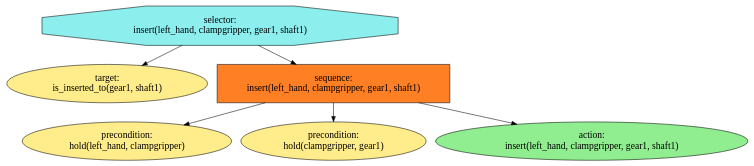
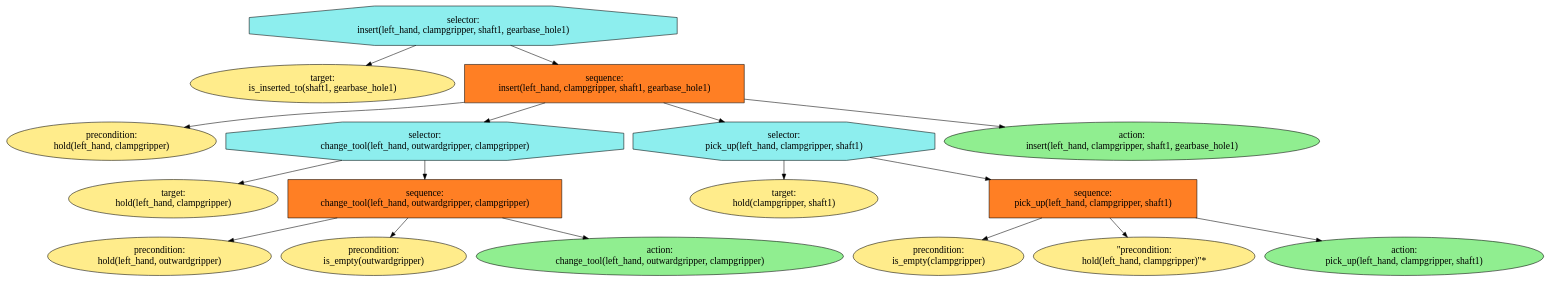
One commit to ProNeverFake/kios changed the diagram in kios_bt_planning/kios_utils/visualisation.dot. Above: the diagram before and after it, drawn with Graphviz. The commit also changed 26 other files, not shown here.

```diff
--- a/kios_bt_planning/kios_utils/visualisation.dot
+++ b/kios_bt_planning/kios_utils/visualisation.dot
@@ -1,39 +1,102 @@
 digraph pastafarianism {
 ordering=out;
 graph [fontname="times-roman"];
 node [fontname="times-roman"];
 edge [fontname="times-roman"];
 "selector:
- insert(left_hand, clampgripper, gear1, shaft1)" [fillcolor=darkslategray2, fontcolor=black, fontsize=18, label="selector:
- insert(left_hand, clampgripper, gear1, shaft1)", shape=octagon, style=filled];
+ insert(left_hand, clampgripper, shaft1, gearbase_hole1)" [fillcolor=darkslategray2, fontcolor=black, fontsize=18, label="selector:
+ insert(left_hand, clampgripper, shaft1, gearbase_hole1)", shape=octagon, style=filled];
 "target:
- is_inserted_to(gear1, shaft1)" [fillcolor=lightgoldenrod1, fontcolor=black, fontsize=18, height=1.0, label="target:
- is_inserted_to(gear1, shaft1)", shape=ellipse, style=filled];
+ is_inserted_to(shaft1, gearbase_hole1)" [fillcolor=lightgoldenrod1, fontcolor=black, fontsize=18, height=1.0, label="target:
+ is_inserted_to(shaft1, gearbase_hole1)", shape=ellipse, style=filled];
 "selector:
- insert(left_hand, clampgripper, gear1, shaft1)" -> "target:
- is_inserted_to(gear1, shaft1)";
+ insert(left_hand, clampgripper, shaft1, gearbase_hole1)" -> "target:
+ is_inserted_to(shaft1, gearbase_hole1)";
 "sequence:
- insert(left_hand, clampgripper, gear1, shaft1)" [fillcolor=chocolate1, fontcolor=black, fontsize=18, height=1.0, label="sequence:
- insert(left_hand, clampgripper, gear1, shaft1)", shape=box, style=filled];
+ insert(left_hand, clampgripper, shaft1, gearbase_hole1)" [fillcolor=chocolate1, fontcolor=black, fontsize=18, height=1.0, label="sequence:
+ insert(left_hand, clampgripper, shaft1, gearbase_hole1)", shape=box, style=filled];
 "selector:
- insert(left_hand, clampgripper, gear1, shaft1)" -> "sequence:
- insert(left_hand, clampgripper, gear1, shaft1)";
+ insert(left_hand, clampgripper, shaft1, gearbase_hole1)" -> "sequence:
+ insert(left_hand, clampgripper, shaft1, gearbase_hole1)";
 "precondition:
  hold(left_hand, clampgripper)" [fillcolor=lightgoldenrod1, fontcolor=black, fontsize=18, height=1.0, label="precondition:
  hold(left_hand, clampgripper)", shape=ellipse, style=filled];
 "sequence:
- insert(left_hand, clampgripper, gear1, shaft1)" -> "precondition:
+ insert(left_hand, clampgripper, shaft1, gearbase_hole1)" -> "precondition:
  hold(left_hand, clampgripper)";
+"selector:
+ change_tool(left_hand, outwardgripper, clampgripper)" [fillcolor=darkslategray2, fontcolor=black, fontsize=18, height=1.0, label="selector:
+ change_tool(left_hand, outwardgripper, clampgripper)", shape=octagon, style=filled];
+"sequence:
+ insert(left_hand, clampgripper, shaft1, gearbase_hole1)" -> "selector:
+ change_tool(left_hand, outwardgripper, clampgripper)";
+"target:
+ hold(left_hand, clampgripper)" [fillcolor=lightgoldenrod1, fontcolor=black, fontsize=18, height=1.0, label="target:
+ hold(left_hand, clampgripper)", shape=ellipse, style=filled];
+"selector:
+ change_tool(left_hand, outwardgripper, clampgripper)" -> "target:
+ hold(left_hand, clampgripper)";
+"sequence:
+ change_tool(left_hand, outwardgripper, clampgripper)" [fillcolor=chocolate1, fontcolor=black, fontsize=18, height=1.0, label="sequence:
+ change_tool(left_hand, outwardgripper, clampgripper)", shape=box, style=filled];
+"selector:
+ change_tool(left_hand, outwardgripper, clampgripper)" -> "sequence:
+ change_tool(left_hand, outwardgripper, clampgripper)";
 "precondition:
- hold(clampgripper, gear1)" [fillcolor=lightgoldenrod1, fontcolor=black, fontsize=18, height=1.0, label="precondition:
- hold(clampgripper, gear1)", shape=ellipse, style=filled];
+ hold(left_hand, outwardgripper)" [fillcolor=lightgoldenrod1, fontcolor=black, fontsize=18, height=1.0, label="precondition:
+ hold(left_hand, outwardgripper)", shape=ellipse, style=filled];
 "sequence:
- insert(left_hand, clampgripper, gear1, shaft1)" -> "precondition:
- hold(clampgripper, gear1)";
+ change_tool(left_hand, outwardgripper, clampgripper)" -> "precondition:
+ hold(left_hand, outwardgripper)";
+"precondition:
+ is_empty(outwardgripper)" [fillcolor=lightgoldenrod1, fontcolor=black, fontsize=18, height=1.0, label="precondition:
+ is_empty(outwardgripper)", shape=ellipse, style=filled];
+"sequence:
+ change_tool(left_hand, outwardgripper, clampgripper)" -> "precondition:
+ is_empty(outwardgripper)";
 "action:
- insert(left_hand, clampgripper, gear1, shaft1)" [fillcolor=lightgreen, fontcolor=black, fontsize=18, height=1.0, label="action:
- insert(left_hand, clampgripper, gear1, shaft1)", shape=ellipse, style=filled];
+ change_tool(left_hand, outwardgripper, clampgripper)" [fillcolor=lightgreen, fontcolor=black, fontsize=18, height=1.0, label="action:
+ change_tool(left_hand, outwardgripper, clampgripper)", shape=ellipse, style=filled];
 "sequence:
- insert(left_hand, clampgripper, gear1, shaft1)" -> "action:
- insert(left_hand, clampgripper, gear1, shaft1)";
+ change_tool(left_hand, outwardgripper, clampgripper)" -> "action:
+ change_tool(left_hand, outwardgripper, clampgripper)";
+"selector:
+ pick_up(left_hand, clampgripper, shaft1)" [fillcolor=darkslategray2, fontcolor=black, fontsize=18, height=1.0, label="selector:
+ pick_up(left_hand, clampgripper, shaft1)", shape=octagon, style=filled];
+"sequence:
+ insert(left_hand, clampgripper, shaft1, gearbase_hole1)" -> "selector:
+ pick_up(left_hand, clampgripper, shaft1)";
+"target:
+ hold(clampgripper, shaft1)" [fillcolor=lightgoldenrod1, fontcolor=black, fontsize=18, height=1.0, label="target:
+ hold(clampgripper, shaft1)", shape=ellipse, style=filled];
+"selector:
+ pick_up(left_hand, clampgripper, shaft1)" -> "target:
+ hold(clampgripper, shaft1)";
+"sequence:
+ pick_up(left_hand, clampgripper, shaft1)" [fillcolor=chocolate1, fontcolor=black, fontsize=18, height=1.0, label="sequence:
+ pick_up(left_hand, clampgripper, shaft1)", shape=box, style=filled];
+"selector:
+ pick_up(left_hand, clampgripper, shaft1)" -> "sequence:
+ pick_up(left_hand, clampgripper, shaft1)";
+"precondition:
+ is_empty(clampgripper)" [fillcolor=lightgoldenrod1, fontcolor=black, fontsize=18, height=1.0, label="precondition:
+ is_empty(clampgripper)", shape=ellipse, style=filled];
+"sequence:
+ pick_up(left_hand, clampgripper, shaft1)" -> "precondition:
+ is_empty(clampgripper)";
+"\"precondition:\n hold(left_hand, clampgripper)\"*" [fillcolor=lightgoldenrod1, fontcolor=black, fontsize=18, height=1.0, label="\"precondition:\n hold(left_hand, clampgripper)\"*", shape=ellipse, style=filled];
+"sequence:
+ pick_up(left_hand, clampgripper, shaft1)" -> "\"precondition:\n hold(left_hand, clampgripper)\"*";
+"action:
+ pick_up(left_hand, clampgripper, shaft1)" [fillcolor=lightgreen, fontcolor=black, fontsize=18, height=1.0, label="action:
+ pick_up(left_hand, clampgripper, shaft1)", shape=ellipse, style=filled];
+"sequence:
+ pick_up(left_hand, clampgripper, shaft1)" -> "action:
+ pick_up(left_hand, clampgripper, shaft1)";
+"action:
+ insert(left_hand, clampgripper, shaft1, gearbase_hole1)" [fillcolor=lightgreen, fontcolor=black, fontsize=18, height=1.0, label="action:
+ insert(left_hand, clampgripper, shaft1, gearbase_hole1)", shape=ellipse, style=filled];
+"sequence:
+ insert(left_hand, clampgripper, shaft1, gearbase_hole1)" -> "action:
+ insert(left_hand, clampgripper, shaft1, gearbase_hole1)";
 }
```
